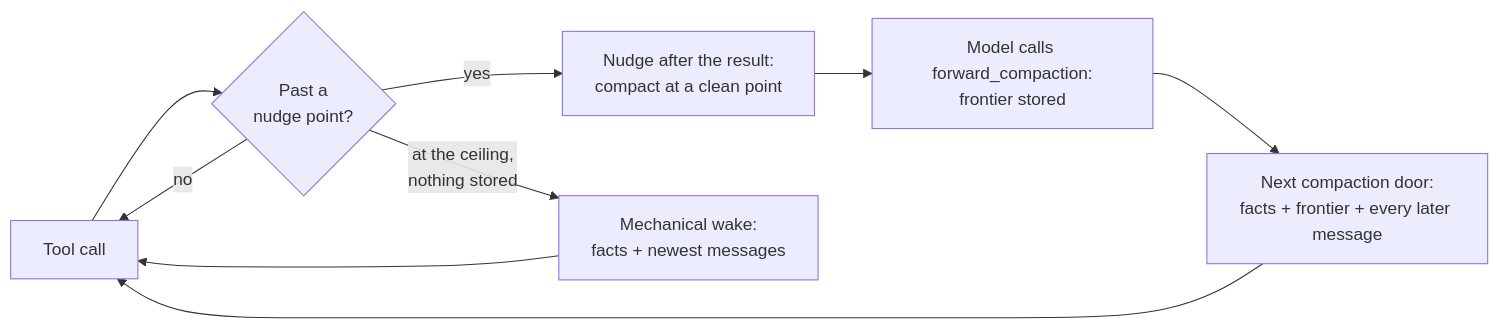
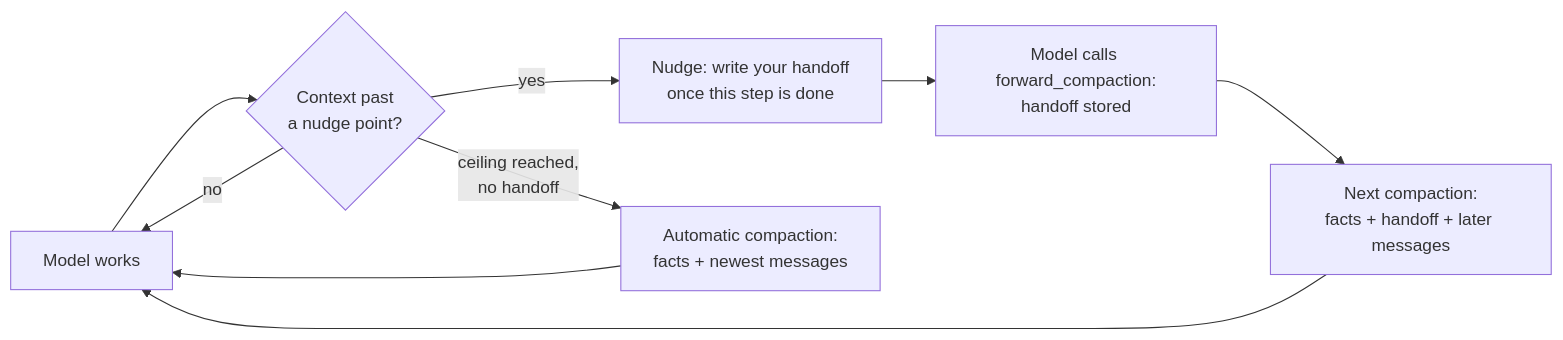
Before and after one commit to rezzminator/forward-compaction: the diagram in README.md, drawn with Mermaid. The commit also changed other lines of this file and 2 other files, not shown here.

````diff
--- a/README.md
+++ b/README.md
@@ -119,11 +104,11 @@
 ```mermaid
 flowchart LR
-    A[Tool call] --> B{Past a<br/>nudge point?}
+    A[Model works] --> B{Context past<br/>a nudge point?}
     B -- no --> A
-    B -- yes --> C[Nudge after the result:<br/>compact at a clean point]
-    C --> D[Model calls forward_compaction:<br/>frontier stored]
-    D --> E[Next compaction door:<br/>facts + frontier + every later message]
+    B -- yes --> C[Nudge: write your handoff<br/>once this step is done]
+    C --> D[Model calls forward_compaction:<br/>handoff stored]
+    D --> E[Next compaction:<br/>facts + handoff + later messages]
     E --> A
-    B -- at the ceiling,<br/>nothing stored --> F[Mechanical wake:<br/>facts + newest messages]
+    B -- ceiling reached,<br/>no handoff --> F[Automatic compaction:<br/>facts + newest messages]
     F --> A
 ```
````
